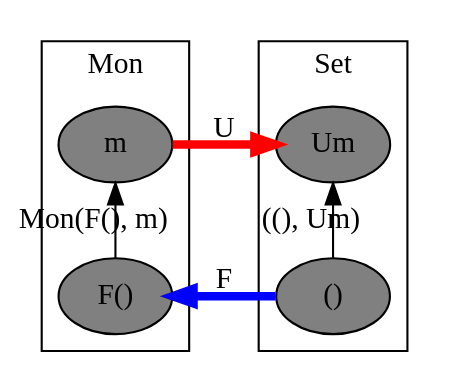
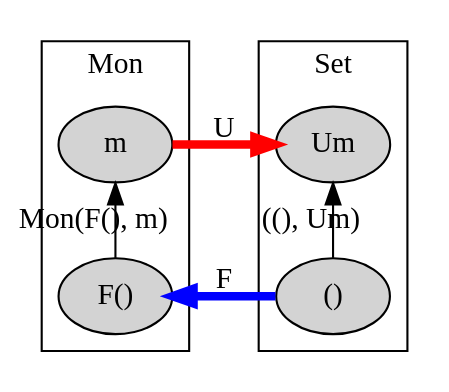
Before and after one commit to evenbrenden/ct4p-challenges: the diagram in chapter19-challenge1.dot, drawn with Graphviz. The commit also changed 4 other files, not shown here.

```diff
--- a/chapter19-challenge1.dot
+++ b/chapter19-challenge1.dot
@@ -1,40 +1,27 @@
 digraph {
-  node [style="filled" color="black" fillcolor="gray"]
+  node [style="filled" color="black" fillcolor="lightgray"]
   rankdir=LR
-
-  /*
-    The set ((), Um) consists of functions that pick an element Um_x in Um.
-    There are as many functions in ((), Um) as there are different elements
-    Um_x in Um. A homomorphism in Mon(F(), m) is determined by the fact that it
-    can not contain more information than a number N, where N is the number of
-    ()s. For each m_x in m, such a morphism produces N times m_x in m. That's
-    the only homomorphism that can exist for a given m_x, because that's all
-    you can get out of F(). So Mon(F(), m) contains as many homomorphisms as
-    there are different elements m_x in m. Since Um is the underlying set of m,
-    the number of different elements m_x in m is the same as the number of
-    different elements Um_x in Um. Therefore, Mon(F(), m) ≅ Set((), Um).
-  */
 
   subgraph clusterM {
     label="Mon"
 
     funit [label="F()"]
     m [label="m"]
 
     { rank=same funit m }
   }
 
   subgraph clusterSet {
     label="Set"
 
     unit [label="()"]
     um [label="Um"]
 
     { rank=same unit um }
   }
 
   unit -> um [label="((), Um)"]
   funit -> m [label="Mon(F(), m)"]
   unit -> funit [label="F" color="blue" penwidth=4]
   m -> um [label="U" color="red" penwidth=4]
 }
```
